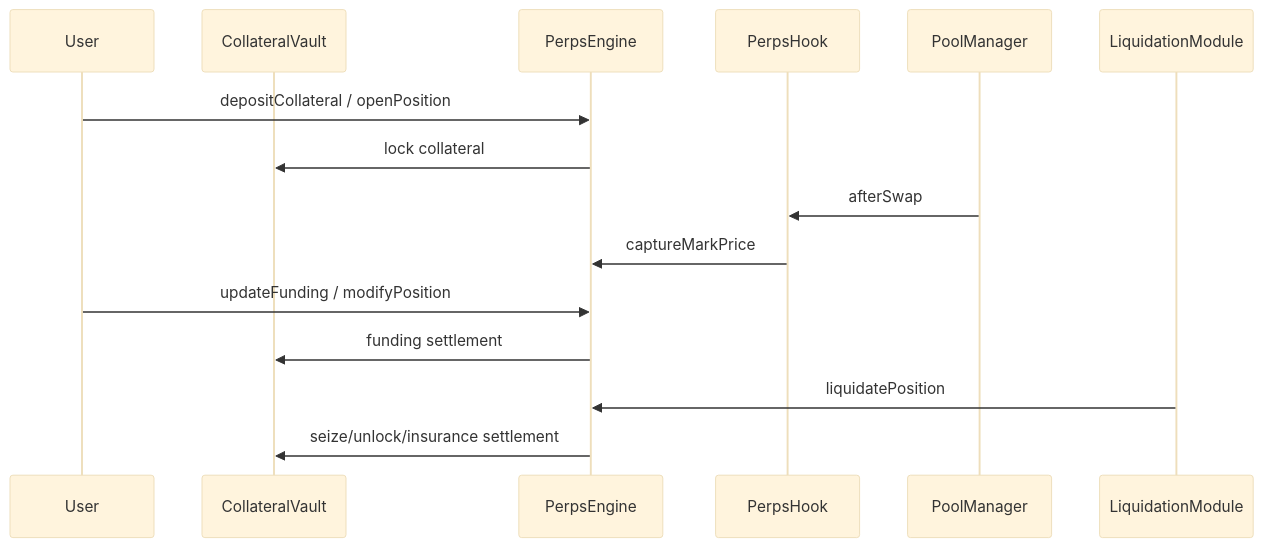
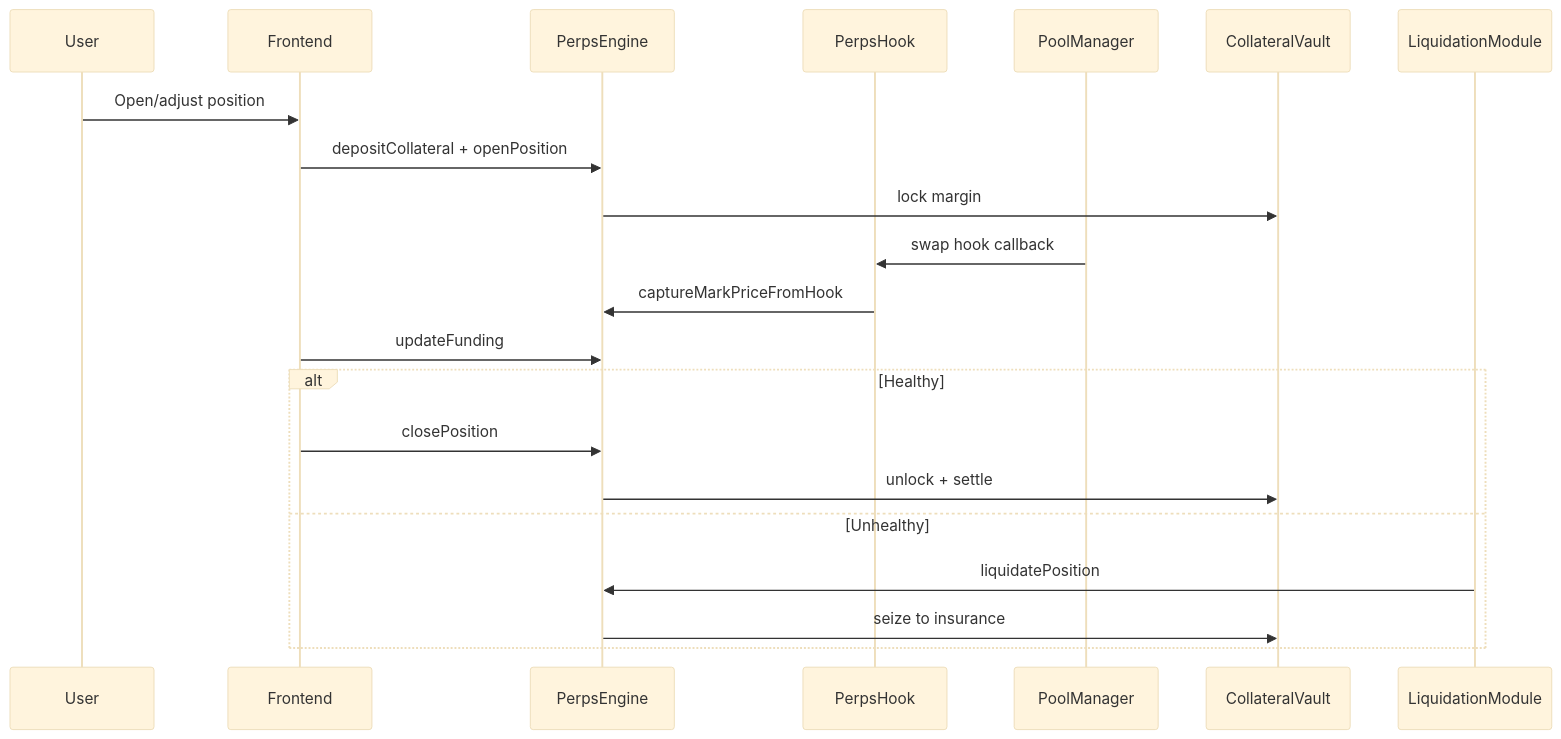
The third of 3 diagrams in README.md (blue-benz/Unichain-Perps-on-Uniswap-v4), drawn with Mermaid (base theme) before and after one commit. The commit also changed other lines of this file, not shown here.

Commit message:
docs(readme): restructure project narrative badges flows demos and test proof

````diff
--- a/README.md
+++ b/README.md
@@ -33,18 +90,24 @@
 ```mermaid
 sequenceDiagram
   participant User
-  participant Vault as CollateralVault
+  participant Frontend
   participant Engine as PerpsEngine
   participant Hook as PerpsHook
   participant PM as PoolManager
+  participant Vault as CollateralVault
   participant Liq as LiquidationModule
 
-  User->>Engine: depositCollateral / openPosition
-  Engine->>Vault: lock collateral
-  PM->>Hook: afterSwap
-  Hook->>Engine: captureMarkPrice
-  User->>Engine: updateFunding / modifyPosition
-  Engine->>Vault: funding settlement
-  Liq->>Engine: liquidatePosition
-  Engine->>Vault: seize/unlock/insurance settlement
+  User->>Frontend: Open/adjust position
+  Frontend->>Engine: depositCollateral + openPosition
+  Engine->>Vault: lock margin
+  PM->>Hook: swap hook callback
+  Hook->>Engine: captureMarkPriceFromHook
+  Frontend->>Engine: updateFunding
+  alt Healthy
+    Frontend->>Engine: closePosition
+    Engine->>Vault: unlock + settle
+  else Unhealthy
+    Liq->>Engine: liquidatePosition
+    Engine->>Vault: seize to insurance
+  end
 ```
````
